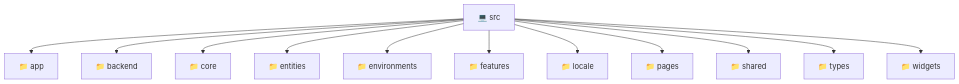
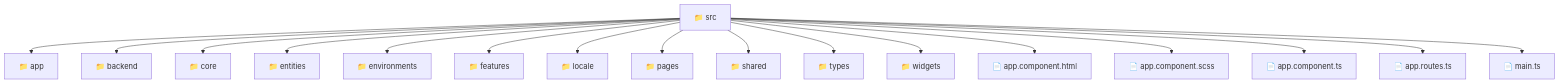
One commit to beginwebdev2002/fullstack-mavluda changed the diagram in frontend/src/README.md. Above: the diagram before and after it, drawn with Mermaid. The commit also changed other lines of this file and 157 other files, not shown here.

````diff
--- a/frontend/src/README.md
+++ b/frontend/src/README.md
@@ -9,15 +9,20 @@
 ```mermaid
 graph TD
-  Root["💻 src"]
+  Root["📁 src"]
   Root --> app["📁 app"]
   Root --> backend["📁 backend"]
   Root --> core["📁 core"]
   Root --> entities["📁 entities"]
   Root --> environments["📁 environments"]
   Root --> features["📁 features"]
   Root --> locale["📁 locale"]
   Root --> pages["📁 pages"]
   Root --> shared["📁 shared"]
   Root --> types["📁 types"]
   Root --> widgets["📁 widgets"]
+  Root --> app_component_html["📄 app.component.html"]
+  Root --> app_component_scss["📄 app.component.scss"]
+  Root --> app_component_ts["📄 app.component.ts"]
+  Root --> app_routes_ts["📄 app.routes.ts"]
+  Root --> main_ts["📄 main.ts"]
 ```
````
